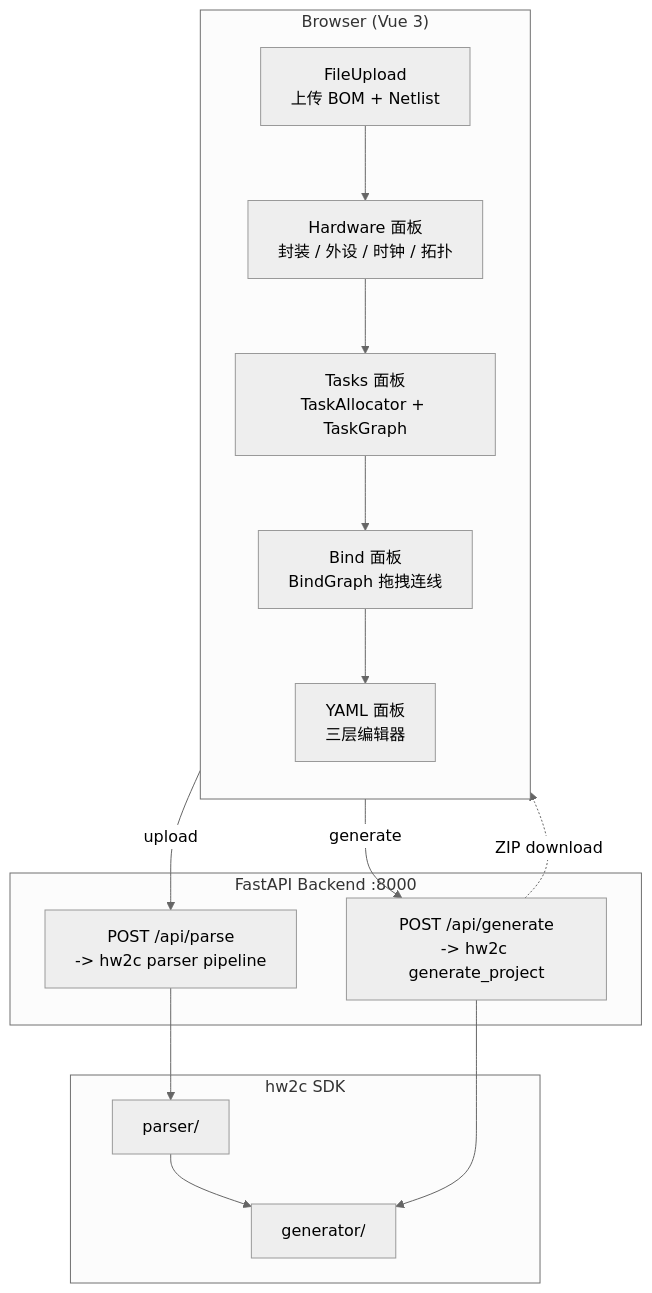
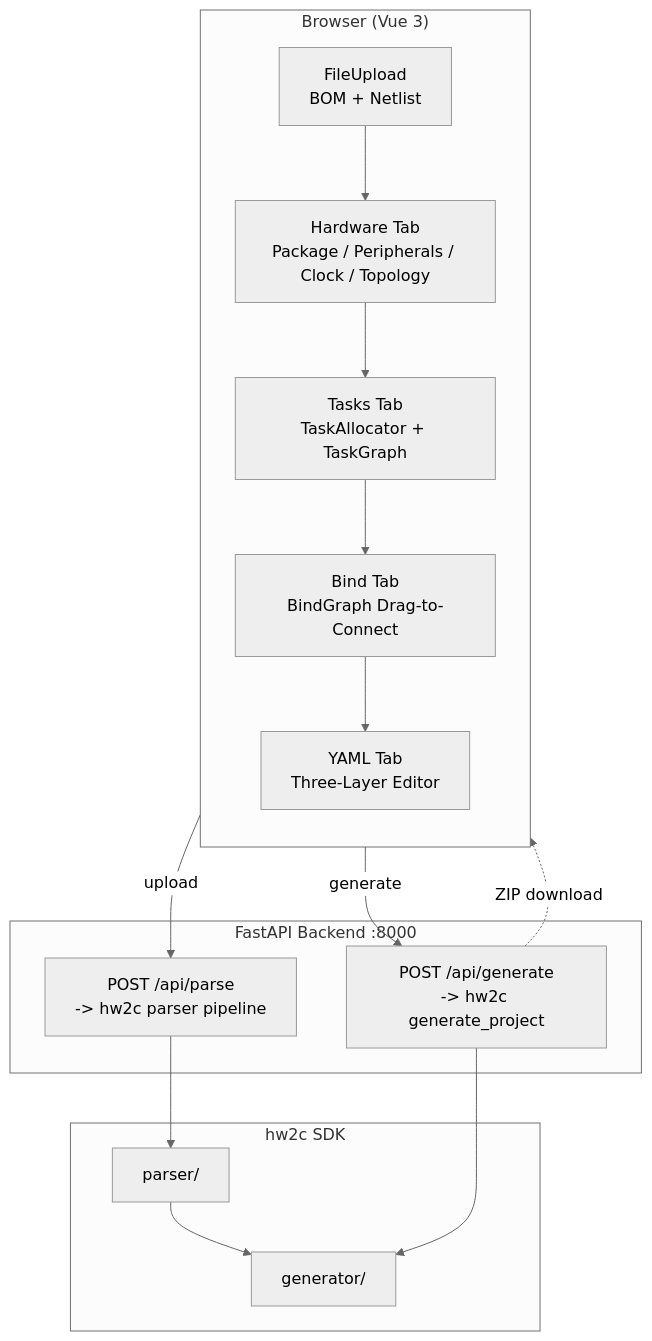
The second of 2 diagrams in README.md (jinliangliu/hw2c-web), drawn with Mermaid (neutral theme) before and after one commit. The commit also changed other lines of this file, not shown here.

````diff
--- a/README.md
+++ b/README.md
@@ -185,23 +185,23 @@
 ```mermaid
 flowchart TB
     subgraph Browser["Browser (Vue 3)"]
         direction TB
-        FH["FileUpload<br>上传 BOM + Netlist"] --> HW["Hardware 面板<br>封装 / 外设 / 时钟 / 拓扑"]
-        HW --> TASK["Tasks 面板<br>TaskAllocator + TaskGraph"]
-        TASK --> BIND["Bind 面板<br>BindGraph 拖拽连线"]
-        BIND --> YAML["YAML 面板<br>三层编辑器"]
+        FH["FileUpload<br>BOM + Netlist"] --> HW["Hardware Tab<br>Package / Peripherals / Clock / Topology"]
+        HW --> TASK["Tasks Tab<br>TaskAllocator + TaskGraph"]
+        TASK --> BIND["Bind Tab<br>BindGraph Drag-to-Connect"]
+        BIND --> YAML["YAML Tab<br>Three-Layer Editor"]
     end
 
     subgraph API["FastAPI Backend :8000"]
         PARSE["POST /api/parse<br>-> hw2c parser pipeline"]
         GEN["POST /api/generate<br>-> hw2c generate_project"]
     end
 
     subgraph Engine["hw2c SDK"]
         P["parser/"] --> G["generator/"]
     end
 
     Browser -->|"upload"| PARSE --> P
     YAML -->|"generate"| GEN --> G
     GEN -.->|"ZIP download"| Browser
 ```
````
